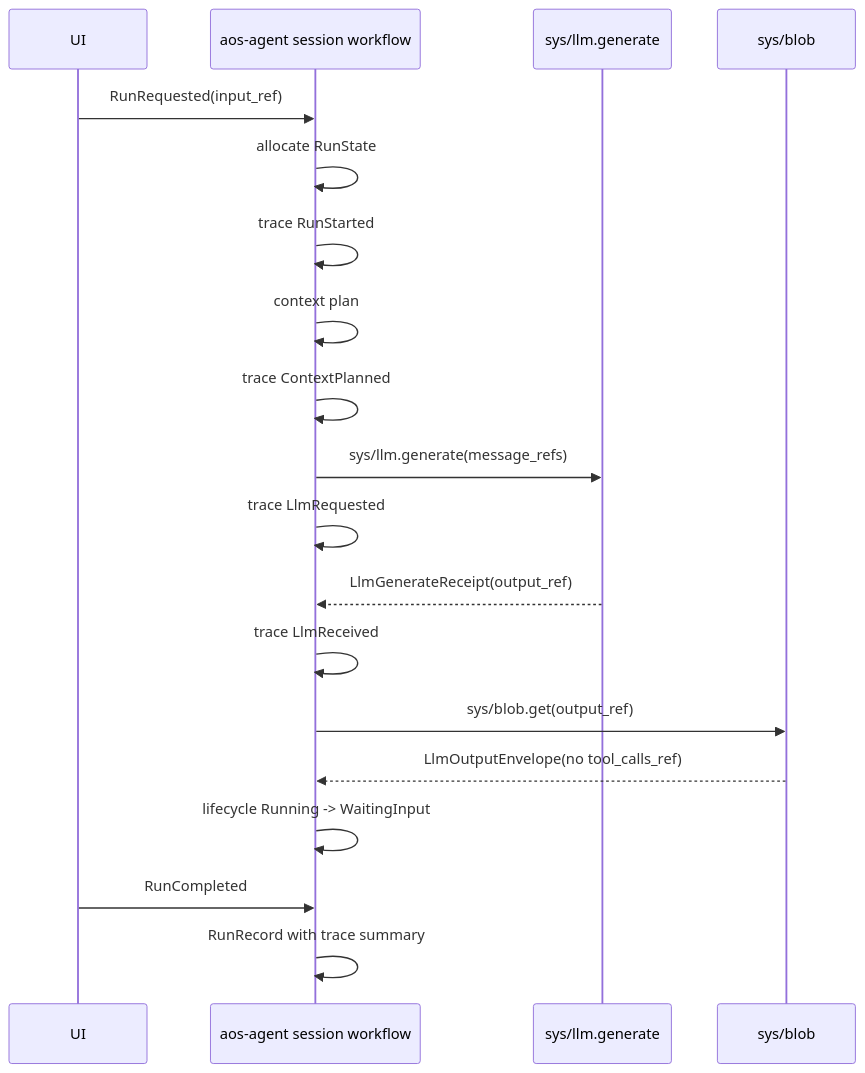
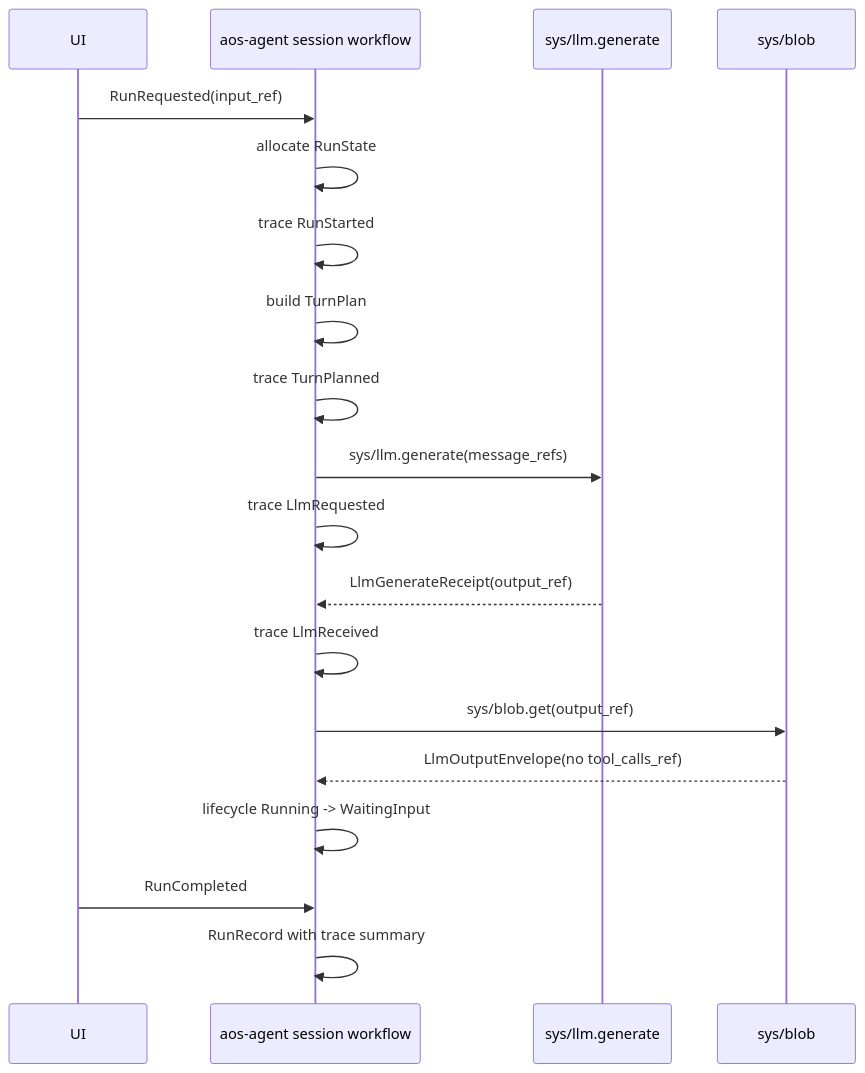
Before and after one commit to smartcomputer-ai/agent-os: diagram 18 of 22 in roadmap/v0.30-agent/visual-guide.md, drawn with Mermaid. The commit also changed other lines of this file, not shown here.

````diff
--- a/roadmap/v0.30-agent/visual-guide.md
+++ b/roadmap/v0.30-agent/visual-guide.md
@@ -1414,22 +1477,22 @@
 ```mermaid
 sequenceDiagram
   participant UI
   participant Agent as aos-agent session workflow
   participant LLM as sys/llm.generate
   participant Blob as sys/blob
 
   UI->>Agent: RunRequested(input_ref)
   Agent->>Agent: allocate RunState
   Agent->>Agent: trace RunStarted
-  Agent->>Agent: context plan
-  Agent->>Agent: trace ContextPlanned
+  Agent->>Agent: build TurnPlan
+  Agent->>Agent: trace TurnPlanned
   Agent->>LLM: sys/llm.generate(message_refs)
   Agent->>Agent: trace LlmRequested
   LLM-->>Agent: LlmGenerateReceipt(output_ref)
   Agent->>Agent: trace LlmReceived
   Agent->>Blob: sys/blob.get(output_ref)
   Blob-->>Agent: LlmOutputEnvelope(no tool_calls_ref)
   Agent->>Agent: lifecycle Running -> WaitingInput
   UI->>Agent: RunCompleted
   Agent->>Agent: RunRecord with trace summary
 ```
````
